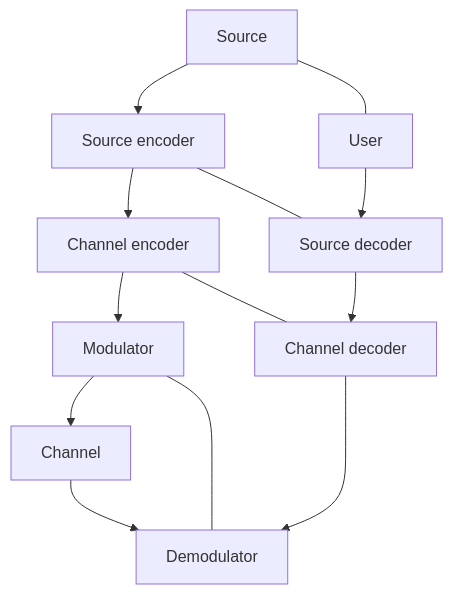
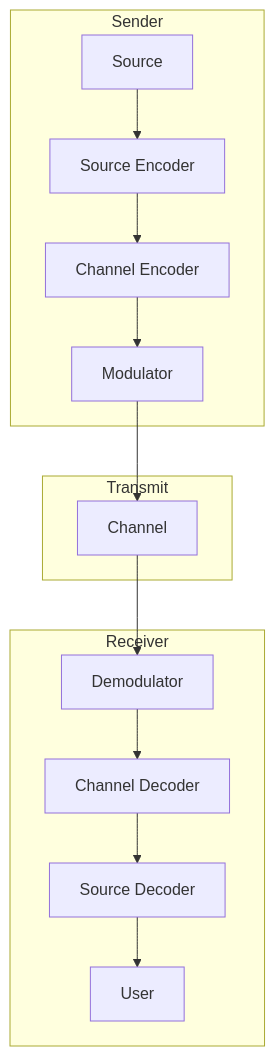
Before and after one commit to hshuang99/secologies: the diagram in src/content/posts/error-correction-codes-digital-data-communication-and-storage.md, drawn with Mermaid. The commit also changed 104 other files, not shown here.

````diff
--- a/src/content/posts/error-correction-codes-digital-data-communication-and-storage.md
+++ b/src/content/posts/error-correction-codes-digital-data-communication-and-storage.md
@@ -28,22 +28,14 @@
 ```mermaid
 flowchart TD
-    %% Define Node Placement in a grid structure
-    Source[Source]      --> SrcEnc[Source encoder]
-    SrcEnc              --> ChEnc[Channel encoder]
-    ChEnc               --> Mod[Modulator]
+    subgraph Col1 [Sender]
+        A[Source] --> B[Source Encoder] --> C[Channel Encoder] --> D[Modulator]
+    end
     
-    %% Middle step down connection
-    Mod                 --> Channel[Channel]
-    Channel             --> Demod[Demodulator]
+    subgraph Col2 [Transmit]
+        D --> E[Channel]
+    end
 
-    %% Bottom Row (Connected backward to keep elements on the left side)
-    ChDec[Channel decoder] --> Demod
-    SrcDec[Source decoder] --> ChDec
-    User[User]             --> SrcDec
-
-    %% Forces elements to align vertically into two clean, flat rows
-    Source  --- User
-    SrcEnc  --- SrcDec
-    ChEnc   --- ChDec
-    Mod     --- Demod
+    subgraph Col3 [Receiver]
+        E --> F[Demodulator] --> G[Channel Decoder] --> H[Source Decoder] --> I[User]
+    end
 ```
````
